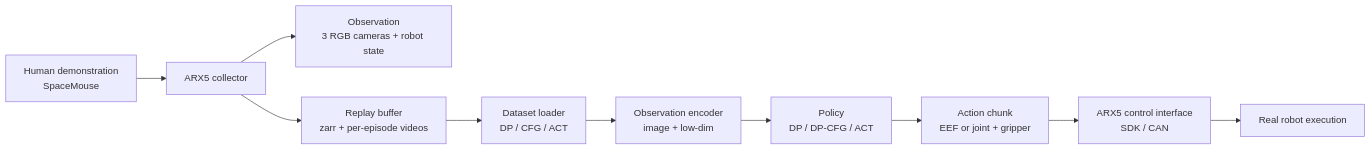
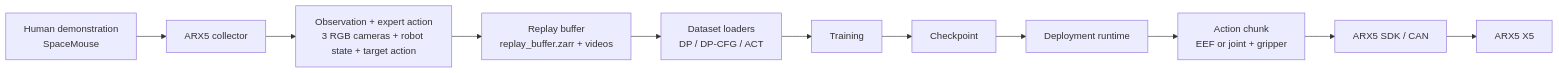
The diagram in README.md (9527114/arx5-imitation-learning), drawn with Mermaid before and after one commit. The commit also changed other lines of this file and 8 other files, not shown here.

````diff
--- a/README.md
+++ b/README.md
@@ -25,12 +9,13 @@
 ```mermaid
 flowchart LR
-    H[Human demonstration<br/>SpaceMouse] --> C[ARX5 collector]
-    C --> O[Observation<br/>3 RGB cameras + robot state]
-    C --> R[Replay buffer<br/>zarr + per-episode videos]
-    R --> D[Dataset loader<br/>DP / CFG / ACT]
-    D --> E[Observation encoder<br/>image + low-dim]
-    E --> P[Policy<br/>DP / DP-CFG / ACT]
-    P --> A[Action chunk<br/>EEF or joint + gripper]
-    A --> X[ARX5 control interface<br/>SDK / CAN]
-    X --> B[Real robot execution]
+    Demo[Human demonstration<br/>SpaceMouse] --> Collector[ARX5 collector]
+    Collector --> ObsAct[Observation + expert action<br/>3 RGB cameras + robot state + target action]
+    ObsAct --> Buffer[Replay buffer<br/>replay_buffer.zarr + videos]
+    Buffer --> Dataset[Dataset loaders<br/>DP / DP-CFG / ACT]
+    Dataset --> Train[Training]
+    Train --> Ckpt[Checkpoint]
+    Ckpt --> Runtime[Deployment runtime]
+    Runtime --> Chunk[Action chunk<br/>EEF or joint + gripper]
+    Chunk --> SDK[ARX5 SDK / CAN]
+    SDK --> Robot[ARX5 X5]
 ```
````
